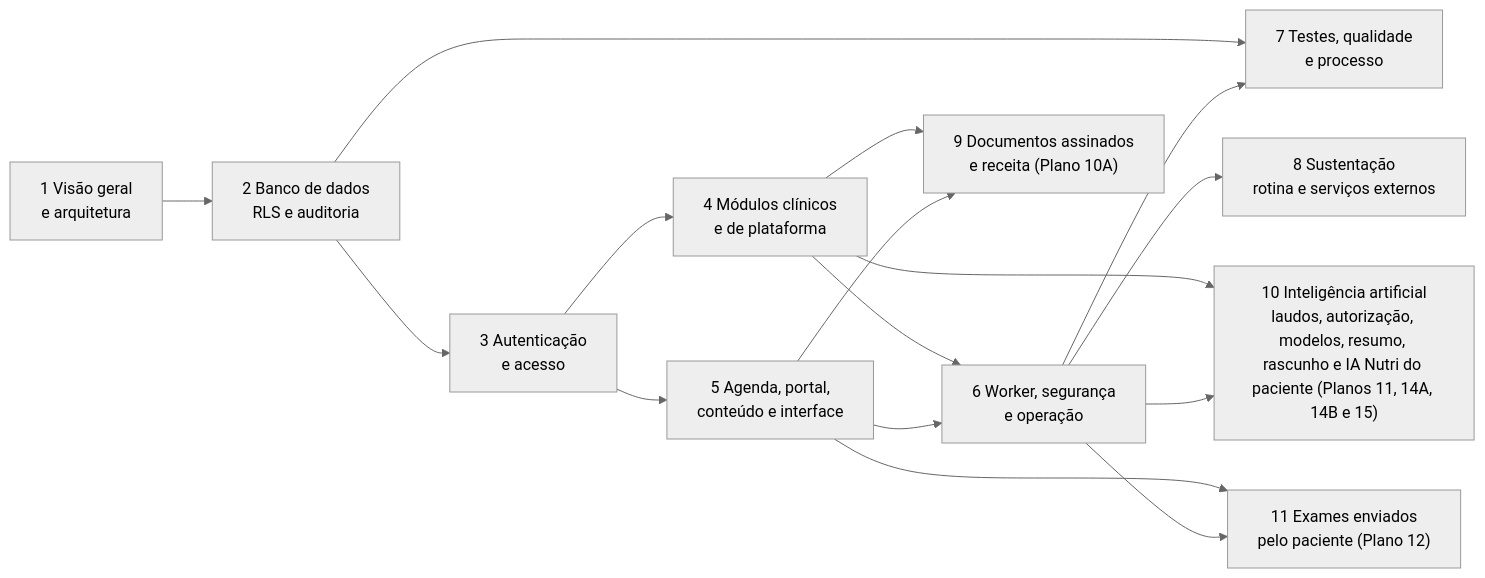
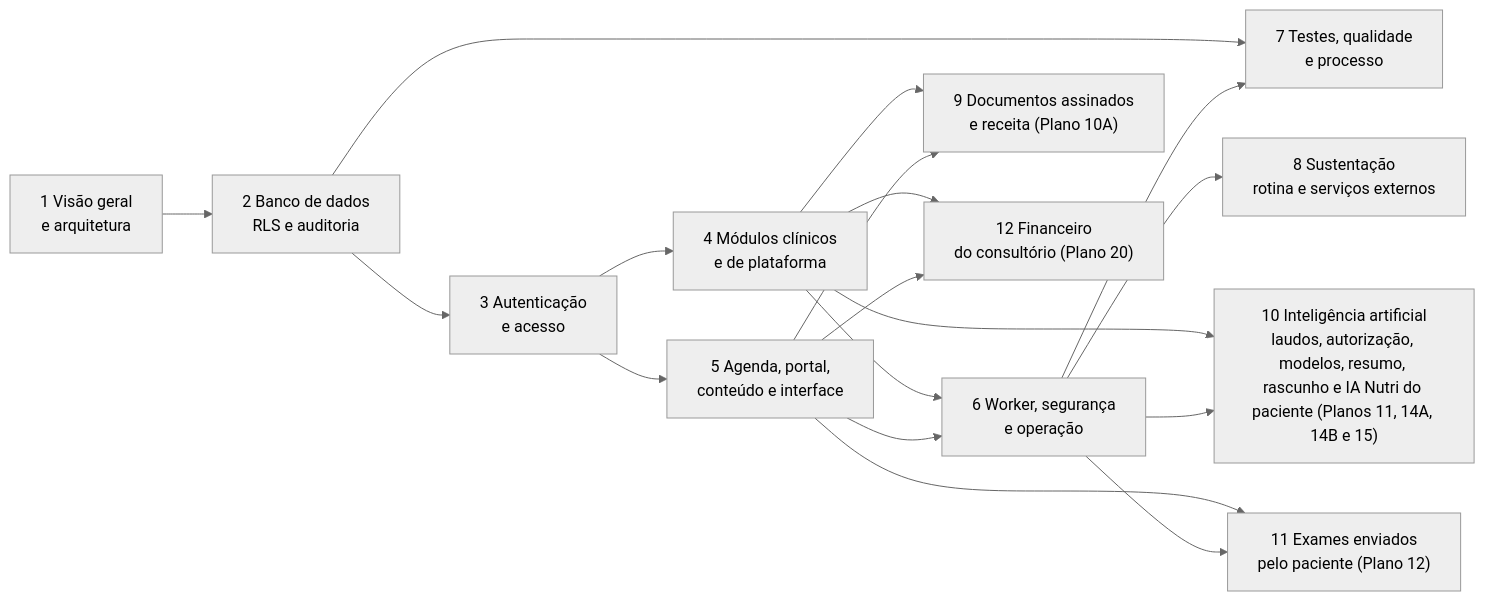
The diagram in docs/manual-tecnico/README.md (fabianojp06/nutridebby), drawn with Mermaid (neutral theme) before and after one commit. The commit also changed other lines of this file and 13 other files, not shown here.

First line of the commit message:
docs(manual): Plano 20 — Financeiro (P20-11)

````diff
--- a/docs/manual-tecnico/README.md
+++ b/docs/manual-tecnico/README.md
@@ -51,18 +51,20 @@
 ```mermaid
 flowchart LR
   C1["1 Visão geral<br/>e arquitetura"] --> C2["2 Banco de dados<br/>RLS e auditoria"]
   C2 --> C3["3 Autenticação<br/>e acesso"]
   C3 --> C4["4 Módulos clínicos<br/>e de plataforma"]
   C3 --> C5["5 Agenda, portal,<br/>conteúdo e interface"]
   C4 --> C6["6 Worker, segurança<br/>e operação"]
   C5 --> C6
   C2 --> C7["7 Testes, qualidade<br/>e processo"]
   C6 --> C7
   C6 --> C8["8 Sustentação<br/>rotina e serviços externos"]
   C4 --> C9["9 Documentos assinados<br/>e receita (Plano 10A)"]
   C5 --> C9
   C4 --> C10["10 Inteligência artificial<br/>laudos, autorização, modelos, resumo, rascunho e IA Nutri do paciente (Planos 11, 14A, 14B e 15)"]
   C6 --> C10
   C5 --> C11["11 Exames enviados<br/>pelo paciente (Plano 12)"]
   C6 --> C11
+  C4 --> C12["12 Financeiro<br/>do consultório (Plano 20)"]
+  C5 --> C12
 ```
````
